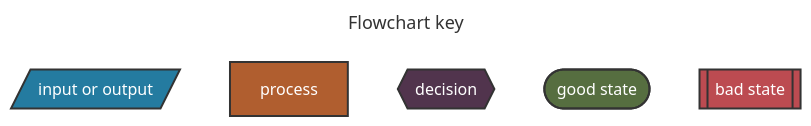
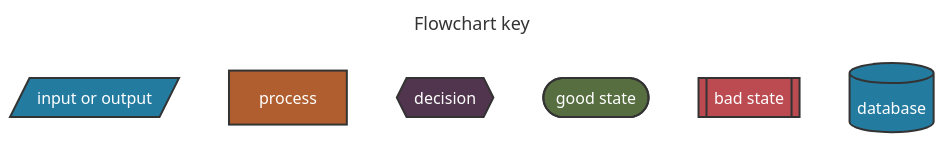
The first of 6 diagrams in toolkit/docs/how_it_works/0_intro.md (microsoft/azurelinux), drawn with Mermaid before and after one commit.

Commit message:
Create database icon

````diff
--- a/toolkit/docs/how_it_works/0_intro.md
+++ b/toolkit/docs/how_it_works/0_intro.md
@@ -7,19 +7,21 @@
 ```mermaid
 ---
 title: Flowchart key
 ---
 flowchart TD
     %% style definitions
+    classDef database fill:#247BA0,stroke:#333,stroke-width:2px,color:#fff;
     classDef io fill:#247BA0,stroke:#333,stroke-width:2px,color:#fff;
     classDef process fill:#B05E2F,stroke:#333,stroke-width:2px,color:#fff;
     classDef decision fill:#51344D,stroke:#333,stroke-width:2px,color:#fff;
     classDef goodState fill:#566E40,stroke:#333,stroke-width:2px,color:#fff;
     classDef badState fill:#BC4B51,stroke:#333,stroke-width:2px,color:#fff;
 
     %% node definitions
     input[/input or output/]:::io
     process[process]:::process
     decision{{decision}}:::decision
     goodstate([good state]):::goodState
     badstate[[bad state]]:::badState
+    database[(database)]:::database
 ```
````
